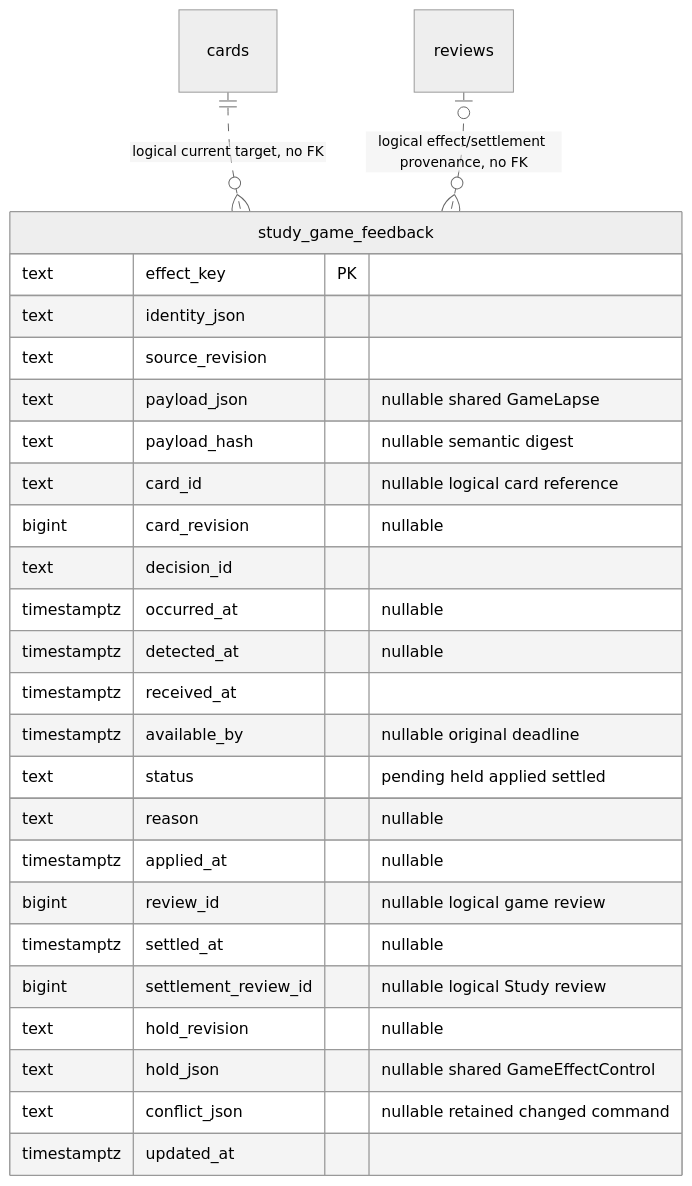
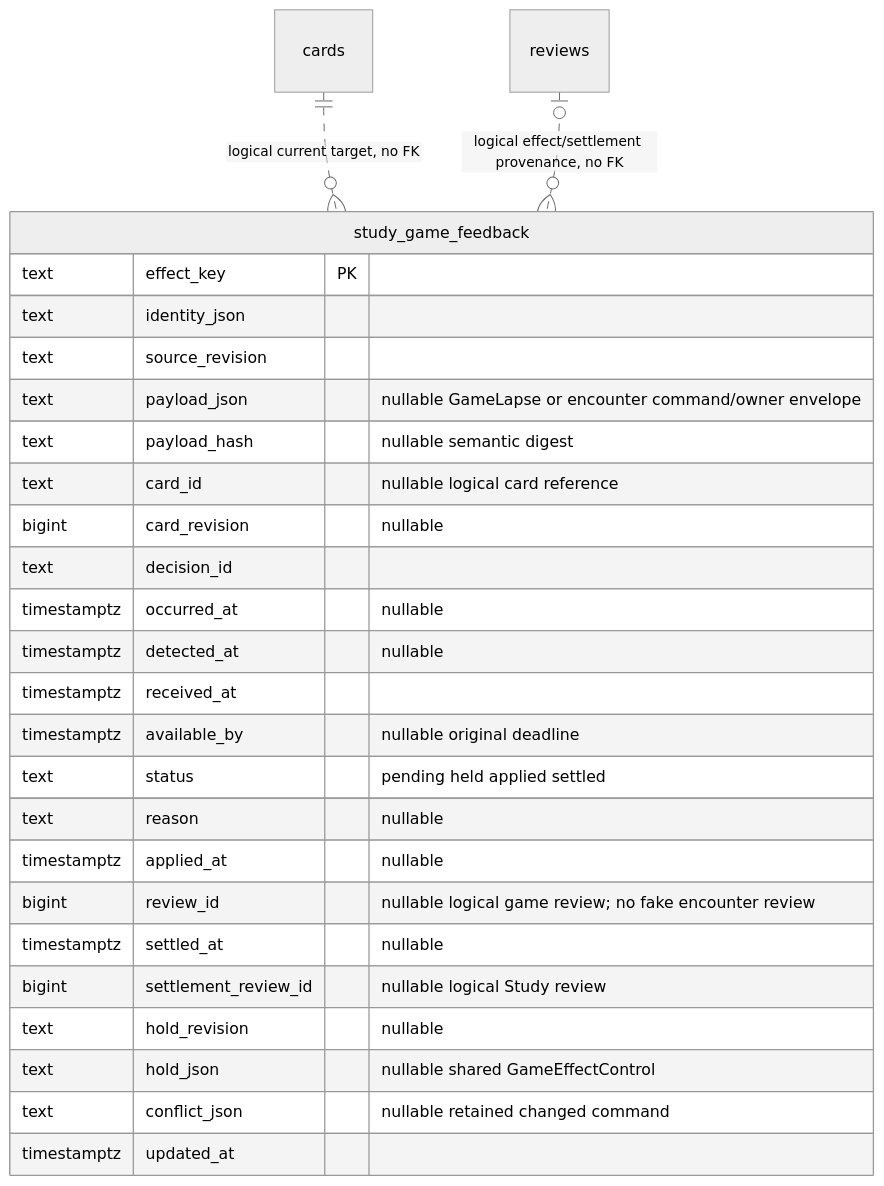
One commit to aaweaver-actuary/tempo changed the diagram in database/tempo_legacy_database/adapters/study/README.md. Above: the diagram before and after it, drawn with Mermaid (neutral theme). The commit also changed other lines of this file and 6 other files, not shown here.

Commit message:
feat(study): receive encounter priority without lapse authority

````diff
--- a/database/tempo_legacy_database/adapters/study/README.md
+++ b/database/tempo_legacy_database/adapters/study/README.md
@@ -31,29 +46,29 @@
 ```mermaid
 erDiagram
     study_game_feedback {
         text effect_key PK
         text identity_json
         text source_revision
-        text payload_json "nullable shared GameLapse"
+        text payload_json "nullable GameLapse or encounter command/owner envelope"
         text payload_hash "nullable semantic digest"
         text card_id "nullable logical card reference"
         bigint card_revision "nullable"
         text decision_id
         timestamptz occurred_at "nullable"
         timestamptz detected_at "nullable"
         timestamptz received_at
         timestamptz available_by "nullable original deadline"
         text status "pending held applied settled"
         text reason "nullable"
         timestamptz applied_at "nullable"
-        bigint review_id "nullable logical game review"
+        bigint review_id "nullable logical game review; no fake encounter review"
         timestamptz settled_at "nullable"
         bigint settlement_review_id "nullable logical Study review"
         text hold_revision "nullable"
         text hold_json "nullable shared GameEffectControl"
         text conflict_json "nullable retained changed command"
         timestamptz updated_at
     }
     cards ||..o{ study_game_feedback : "logical current target, no FK"
     reviews o|..o{ study_game_feedback : "logical effect/settlement provenance, no FK"
 ```
````
